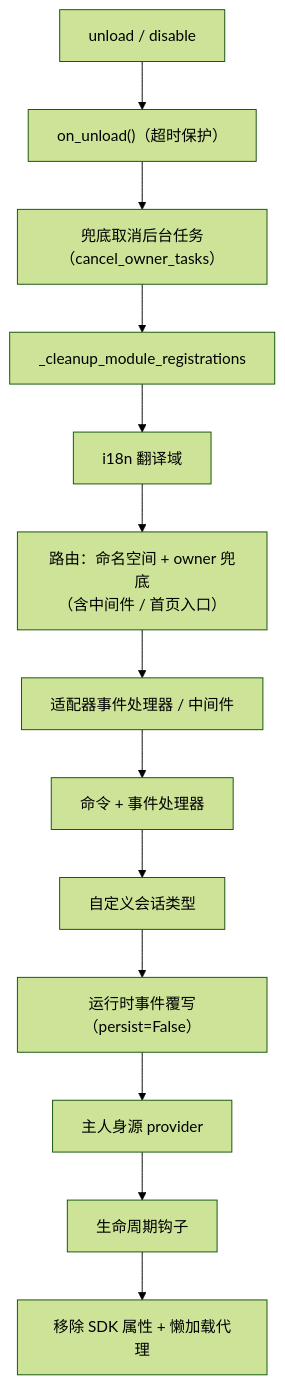
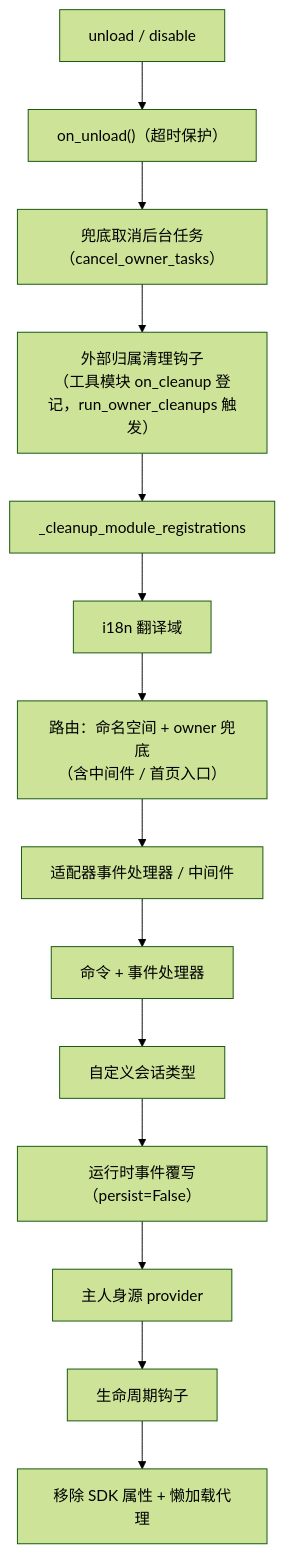
Before and after one commit to ErisPulse/ErisPulse: the diagram in docs/zh-CN/advanced/ownership.md, drawn with Mermaid (forest theme). The commit also changed other lines of this file and 21 other files, not shown here.

````diff
--- a/docs/zh-CN/advanced/ownership.md
+++ b/docs/zh-CN/advanced/ownership.md
@@ -81,15 +83,16 @@
 ```mermaid
 flowchart TD
     A["unload / disable"] --> B["on_unload()（超时保护）"]
     B --> C["兜底取消后台任务（cancel_owner_tasks）"]
-    C --> D["_cleanup_module_registrations"]
+    C --> C1["外部归属清理钩子<br/>（工具模块 on_cleanup 登记，run_owner_cleanups 触发）"]
+    C1 --> D["_cleanup_module_registrations"]
     D --> D1["i18n 翻译域"]
     D1 --> D2["路由：命名空间 + owner 兜底<br/>（含中间件 / 首页入口）"]
     D2 --> D3["适配器事件处理器 / 中间件"]
     D3 --> D4["命令 + 事件处理器"]
     D4 --> D5["自定义会话类型"]
     D5 --> D6["运行时事件覆写（persist=False）"]
     D6 --> D7["主人身源 provider"]
     D7 --> D8["生命周期钩子"]
     D8 --> E["移除 SDK 属性 + 懒加载代理"]
 ```
````
